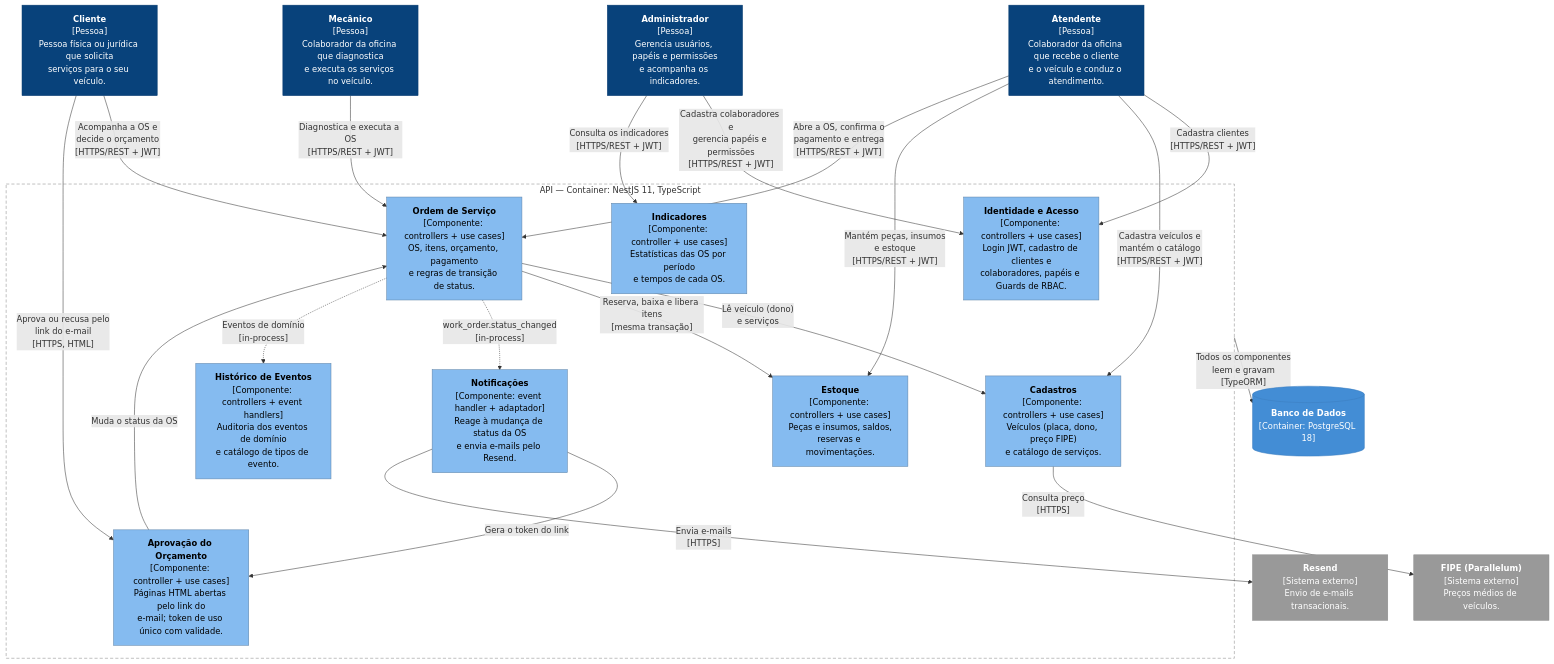
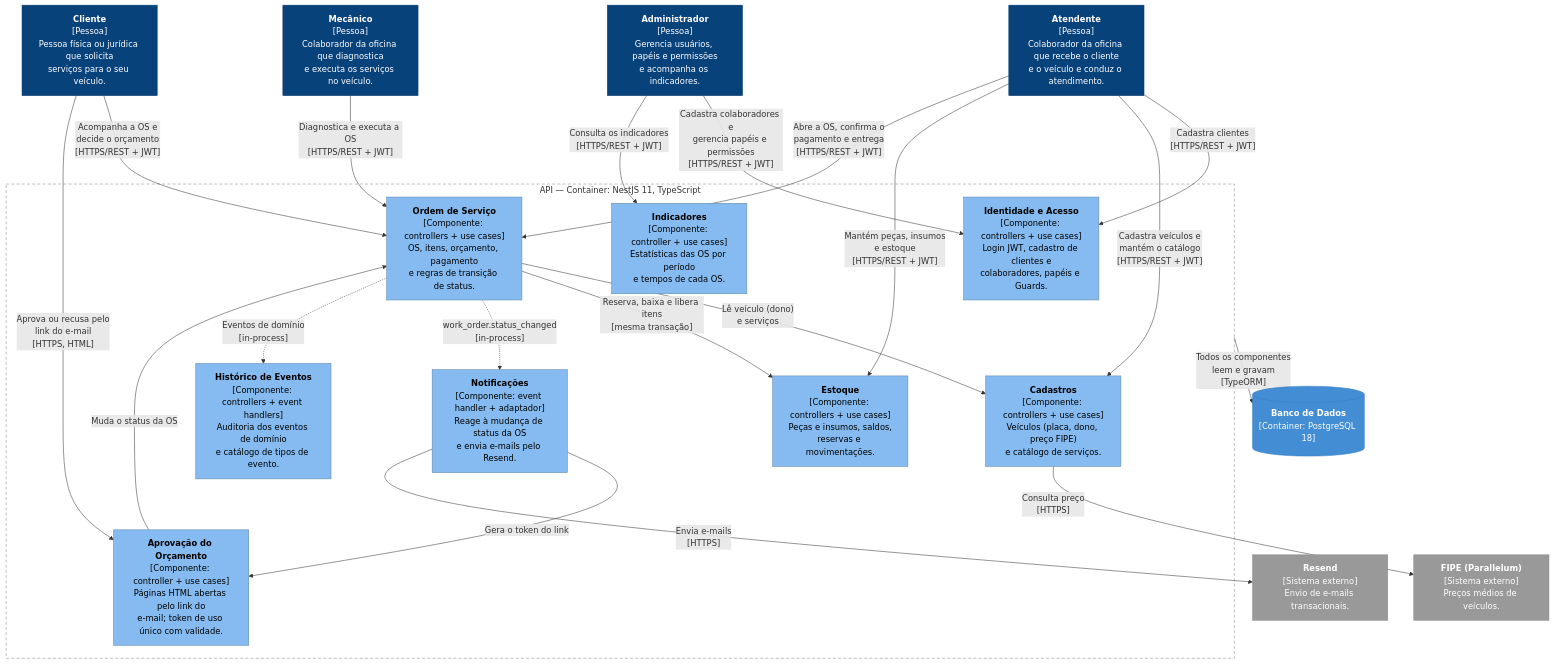
One commit to Room-9-Devs/tech-challenge-1 changed the diagram in docs/c4/03-component.md. Above: the diagram before and after it, drawn with Mermaid. The commit also changed 9 other files, not shown here.

````diff
--- a/docs/c4/03-component.md
+++ b/docs/c4/03-component.md
@@ -5,53 +5,53 @@
 ```mermaid
 flowchart TB
   atendente["<b>Atendente</b><br/>[Pessoa]<br/>Colaborador da oficina que recebe o cliente<br/>e o veículo e conduz o atendimento."]
   mecanico["<b>Mecânico</b><br/>[Pessoa]<br/>Colaborador da oficina que diagnostica<br/>e executa os serviços no veículo."]
   admin["<b>Administrador</b><br/>[Pessoa]<br/>Gerencia usuários, papéis e permissões<br/>e acompanha os indicadores."]
   cliente["<b>Cliente</b><br/>[Pessoa]<br/>Pessoa física ou jurídica que solicita<br/>serviços para o seu veículo."]
 
   subgraph api["API — Container: NestJS 11, TypeScript"]
-    auth["<b>Identidade e Acesso</b><br/>[Componente: controllers + use cases]<br/>Login JWT, cadastro de clientes e<br/>colaboradores, papéis e Guards de RBAC."]
+    auth["<b>Identidade e Acesso</b><br/>[Componente: controllers + use cases]<br/>Login JWT, cadastro de clientes e<br/>colaboradores, papéis e Guards."]
     cadastros["<b>Cadastros</b><br/>[Componente: controllers + use cases]<br/>Veículos (placa, dono, preço FIPE)<br/>e catálogo de serviços."]
     os["<b>Ordem de Serviço</b><br/>[Componente: controllers + use cases]<br/>OS, itens, orçamento, pagamento<br/>e regras de transição de status."]
     aprov["<b>Aprovação do Orçamento</b><br/>[Componente: controller + use cases]<br/>Páginas HTML abertas pelo link do<br/>e-mail; token de uso único com validade."]
     estoque["<b>Estoque</b><br/>[Componente: controllers + use cases]<br/>Peças e insumos, saldos,<br/>reservas e movimentações."]
     notif["<b>Notificações</b><br/>[Componente: event handler + adaptador]<br/>Reage à mudança de status da OS<br/>e envia e-mails pelo Resend."]
     hist["<b>Histórico de Eventos</b><br/>[Componente: controllers + event handlers]<br/>Auditoria dos eventos de domínio<br/>e catálogo de tipos de evento."]
     indic["<b>Indicadores</b><br/>[Componente: controller + use cases]<br/>Estatísticas das OS por período<br/>e tempos de cada OS."]
   end
 
   db[("<b>Banco de Dados</b><br/>[Container: PostgreSQL 18]")]
   resend["<b>Resend</b><br/>[Sistema externo]<br/>Envio de e-mails transacionais."]
   fipe["<b>FIPE (Parallelum)</b><br/>[Sistema externo]<br/>Preços médios de veículos."]
 
   atendente -->|"Cadastra clientes<br/>[HTTPS/REST + JWT]"| auth
   atendente -->|"Cadastra veículos e<br/>mantém o catálogo<br/>[HTTPS/REST + JWT]"| cadastros
   atendente -->|"Mantém peças, insumos<br/>e estoque<br/>[HTTPS/REST + JWT]"| estoque
   atendente -->|"Abre a OS, confirma o<br/>pagamento e entrega<br/>[HTTPS/REST + JWT]"| os
   mecanico -->|"Diagnostica e executa a OS<br/>[HTTPS/REST + JWT]"| os
   admin -->|"Cadastra colaboradores e<br/>gerencia papéis e permissões<br/>[HTTPS/REST + JWT]"| auth
   admin -->|"Consulta os indicadores<br/>[HTTPS/REST + JWT]"| indic
   cliente -->|"Acompanha a OS e<br/>decide o orçamento<br/>[HTTPS/REST + JWT]"| os
   cliente -->|"Aprova ou recusa pelo<br/>link do e-mail<br/>[HTTPS, HTML]"| aprov
 
   aprov -->|"Muda o status da OS"| os
   os -->|"Lê veículo (dono)<br/>e serviços"| cadastros
   os -->|"Reserva, baixa e libera itens<br/>[mesma transação]"| estoque
   os -.->|"work_order.status_changed<br/>[in-process]"| notif
   os -.->|"Eventos de domínio<br/>[in-process]"| hist
   notif -->|"Gera o token do link"| aprov
   notif -->|"Envia e-mails<br/>[HTTPS]"| resend
   cadastros -->|"Consulta preço<br/>[HTTPS]"| fipe
 
   api -->|"Todos os componentes<br/>leem e gravam<br/>[TypeORM]"| db
 
   classDef person fill:#08427b,stroke:#073b6f,color:#fff
   classDef component fill:#85bbf0,stroke:#5d82a8,color:#000
   classDef container fill:#438dd5,stroke:#3c7fc0,color:#fff
   classDef external fill:#999999,stroke:#8a8a8a,color:#fff
   class atendente,mecanico,admin,cliente person
   class auth,cadastros,os,aprov,estoque,notif,hist,indic component
   class db container
   class resend,fipe external
   style api fill:none,stroke:#888,stroke-dasharray:6 4
 ```
````
